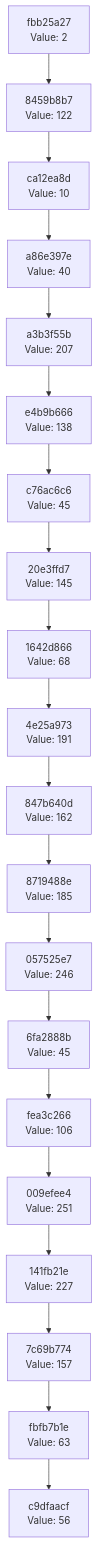
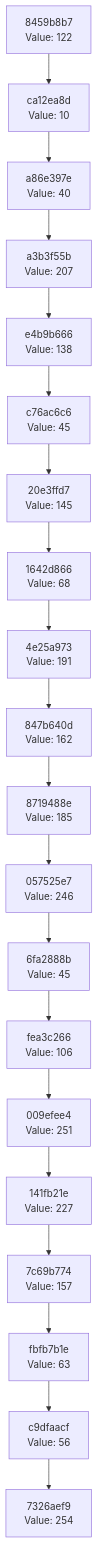
One commit to Abhisheksinha1506/hash-chain-evolver changed the diagram in docs/CHAIN_VISUALIZATION.md. Above: the diagram before and after it, drawn with Mermaid. The commit also changed 3 other files, not shown here.

````diff
--- a/docs/CHAIN_VISUALIZATION.md
+++ b/docs/CHAIN_VISUALIZATION.md
@@ -3,42 +3,42 @@
 ```mermaid
 graph TD
-    C0["c9dfaacf<br/>Value: 56"]
-    C1["fbfb7b1e<br/>Value: 63"]
+    C0["7326aef9<br/>Value: 254"]
+    C1["c9dfaacf<br/>Value: 56"]
     C1 --> C0
-    C2["7c69b774<br/>Value: 157"]
+    C2["fbfb7b1e<br/>Value: 63"]
     C2 --> C1
-    C3["141fb21e<br/>Value: 227"]
+    C3["7c69b774<br/>Value: 157"]
     C3 --> C2
-    C4["009efee4<br/>Value: 251"]
+    C4["141fb21e<br/>Value: 227"]
     C4 --> C3
-    C5["fea3c266<br/>Value: 106"]
+    C5["009efee4<br/>Value: 251"]
     C5 --> C4
-    C6["6fa2888b<br/>Value: 45"]
+    C6["fea3c266<br/>Value: 106"]
     C6 --> C5
-    C7["057525e7<br/>Value: 246"]
+    C7["6fa2888b<br/>Value: 45"]
     C7 --> C6
-    C8["8719488e<br/>Value: 185"]
+    C8["057525e7<br/>Value: 246"]
     C8 --> C7
-    C9["847b640d<br/>Value: 162"]
+    C9["8719488e<br/>Value: 185"]
     C9 --> C8
-    C10["4e25a973<br/>Value: 191"]
+    C10["847b640d<br/>Value: 162"]
     C10 --> C9
-    C11["1642d866<br/>Value: 68"]
+    C11["4e25a973<br/>Value: 191"]
     C11 --> C10
-    C12["20e3ffd7<br/>Value: 145"]
+    C12["1642d866<br/>Value: 68"]
     C12 --> C11
-    C13["c76ac6c6<br/>Value: 45"]
+    C13["20e3ffd7<br/>Value: 145"]
     C13 --> C12
-    C14["e4b9b666<br/>Value: 138"]
+    C14["c76ac6c6<br/>Value: 45"]
     C14 --> C13
-    C15["a3b3f55b<br/>Value: 207"]
+    C15["e4b9b666<br/>Value: 138"]
     C15 --> C14
-    C16["a86e397e<br/>Value: 40"]
+    C16["a3b3f55b<br/>Value: 207"]
     C16 --> C15
-    C17["ca12ea8d<br/>Value: 10"]
+    C17["a86e397e<br/>Value: 40"]
     C17 --> C16
-    C18["8459b8b7<br/>Value: 122"]
+    C18["ca12ea8d<br/>Value: 10"]
     C18 --> C17
-    C19["fbb25a27<br/>Value: 2"]
+    C19["8459b8b7<br/>Value: 122"]
     C19 --> C18
 ```
````
